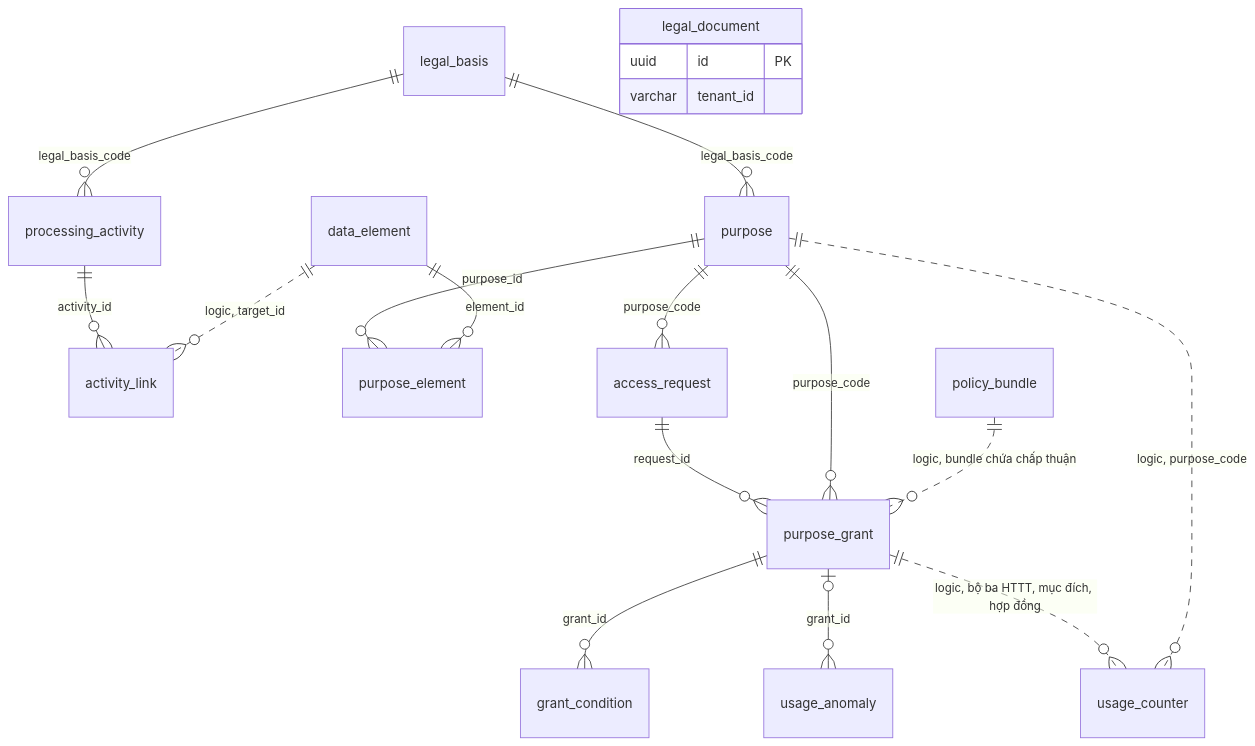
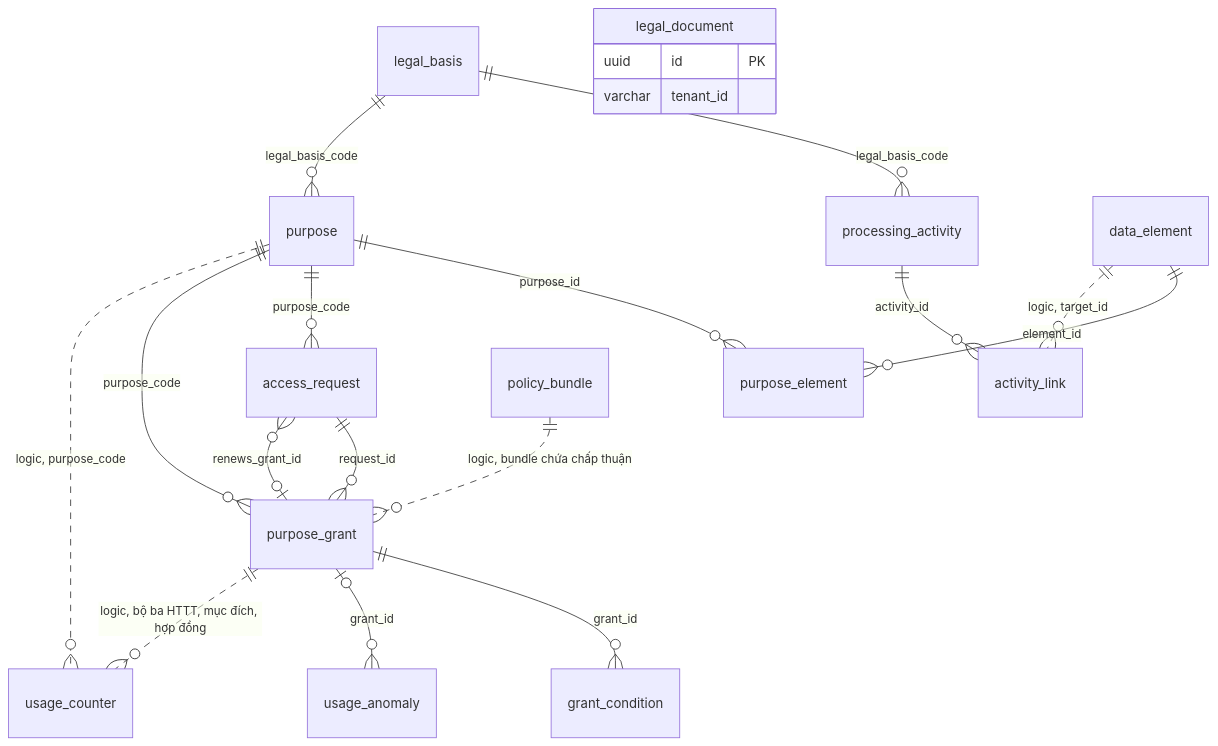
One commit to caprocute/DATAHUB changed the second of 6 diagrams in datahub-docs/03-thiet-ke/csdl/D03-03-PH09-csdl-quyen-rieng-tu.md. Above: the diagram before and after it, drawn with Mermaid. The commit also changed other lines of this file and 38 other files, not shown here.

````diff
--- a/datahub-docs/03-thiet-ke/csdl/D03-03-PH09-csdl-quyen-rieng-tu.md
+++ b/datahub-docs/03-thiet-ke/csdl/D03-03-PH09-csdl-quyen-rieng-tu.md
@@ -160,21 +160,22 @@
 ```{.mermaid caption="ERD nhóm sổ hoạt động xử lý, mục đích và chấp thuận"}
 erDiagram
   legal_basis ||--o{ processing_activity : "legal_basis_code"
   processing_activity ||--o{ activity_link : "activity_id"
   legal_basis ||--o{ purpose : "legal_basis_code"
   purpose ||--o{ purpose_element : "purpose_id"
   data_element ||--o{ purpose_element : "element_id"
   purpose ||--o{ access_request : "purpose_code"
   access_request ||--o{ purpose_grant : "request_id"
   purpose ||--o{ purpose_grant : "purpose_code"
   purpose_grant ||--o{ grant_condition : "grant_id"
   purpose_grant |o--o{ usage_anomaly : "grant_id"
+  purpose_grant |o--o{ access_request : "renews_grant_id"
   data_element ||..o{ activity_link : "logic, target_id"
   purpose_grant ||..o{ usage_counter : "logic, bộ ba HTTT, mục đích, hợp đồng"
   purpose ||..o{ usage_counter : "logic, purpose_code"
   policy_bundle ||..o{ purpose_grant : "logic, bundle chứa chấp thuận"
   legal_document {
     uuid id PK
     varchar tenant_id
   }
 ```
````
